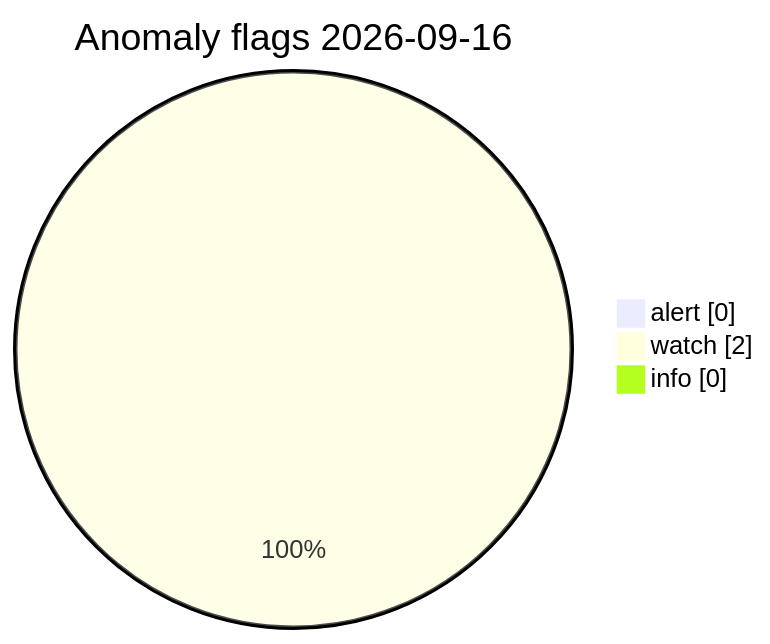
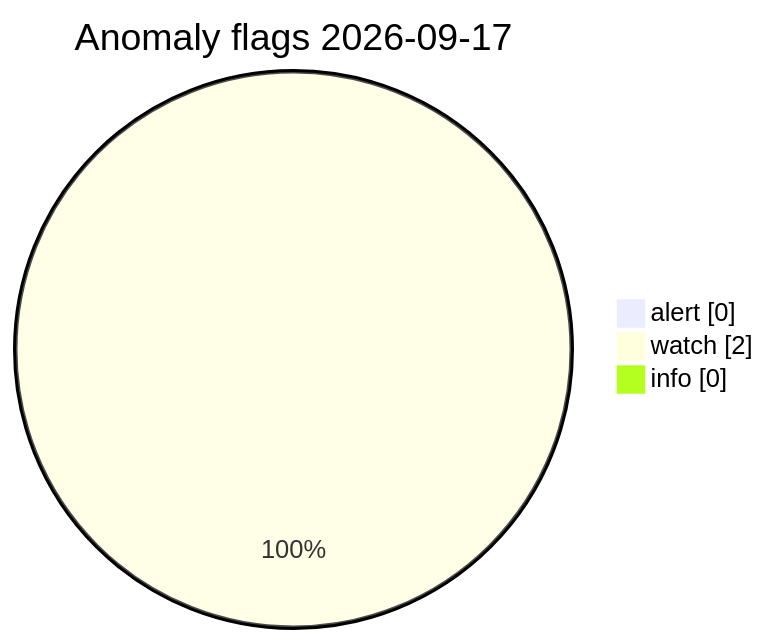
The diagram in visuals/latest/CHARTS.md (Midwest-Stratospheric/Unified-Open-Global-Weather), drawn with Mermaid before and after one commit. The commit also changed other lines of this file and 11 other files, not shown here.

Commit message:
data(visuals): automated charts 2026-09-17T11:46Z

````diff
--- a/visuals/latest/CHARTS.md
+++ b/visuals/latest/CHARTS.md
@@ -73,7 +73,7 @@
 ```mermaid
 pie showData
-  title Anomaly flags 2026-09-16
+  title Anomaly flags 2026-09-17
   "alert" : 0
   "watch" : 2
   "info" : 0
 ```
````
